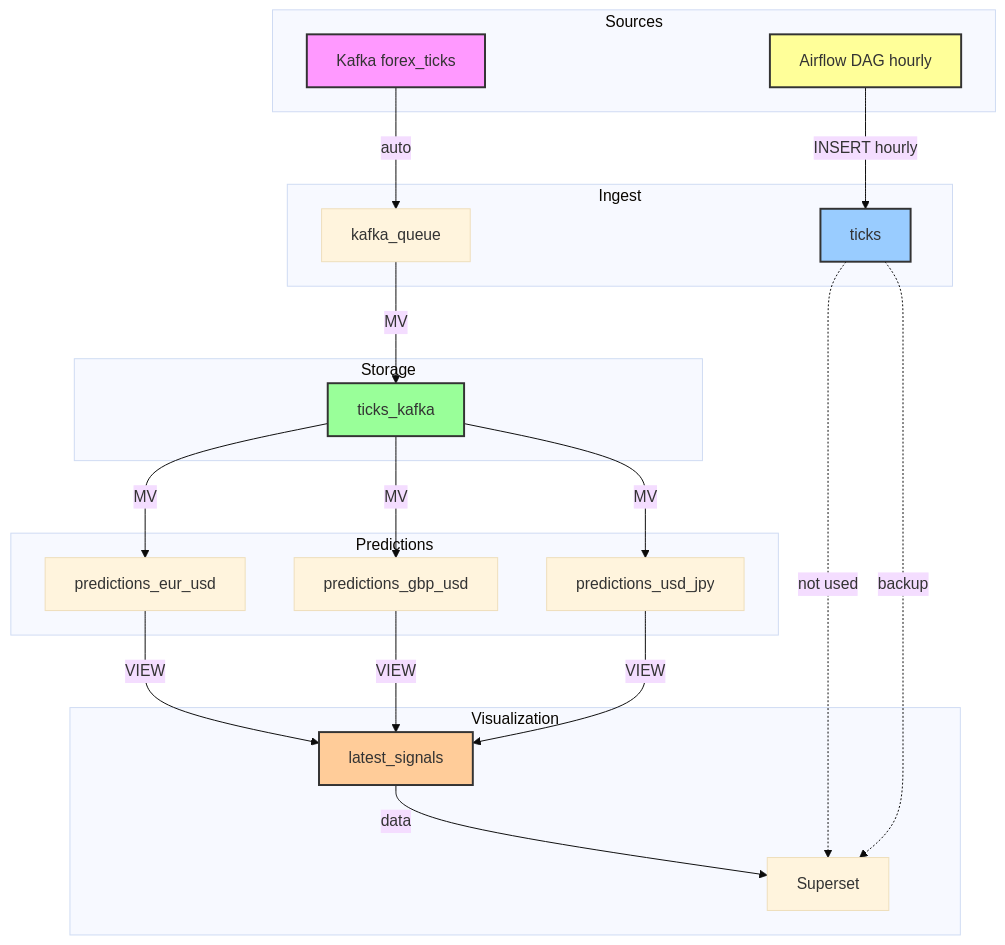
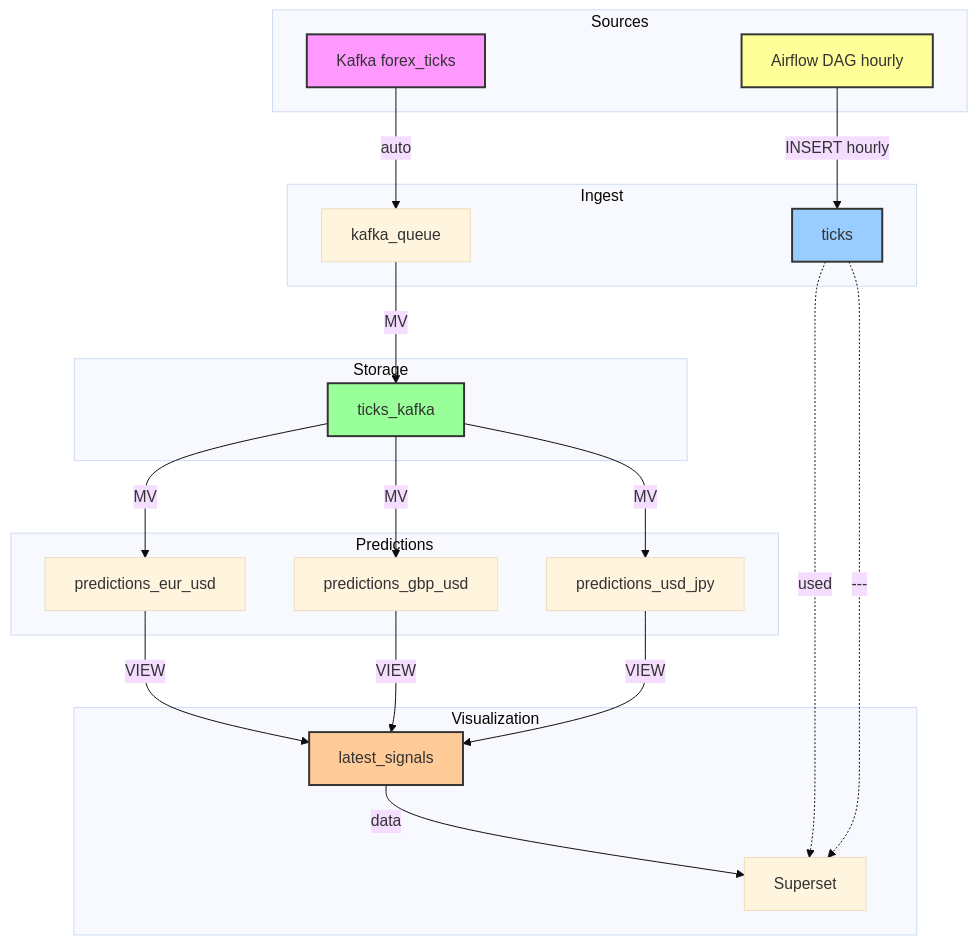
Before and after one commit to skazka064/otus_clickhouse: the diagram in forex-analytics/architecture/main_schema.md, drawn with Mermaid (base theme).

````diff
--- a/forex-analytics/architecture/main_schema.md
+++ b/forex-analytics/architecture/main_schema.md
@@ -1,51 +1,51 @@
 ```mermaid
 graph TD
     subgraph sources[Sources]
         A[Kafka forex_ticks]
         DAG[Airflow DAG hourly]
     end
 
     subgraph ingest[Ingest]
         B[kafka_queue]
         T[ticks]
     end
 
     subgraph storage[Storage]
         C[ticks_kafka]
     end
 
     subgraph predictions[Predictions]
         E[predictions_eur_usd]
         F[predictions_gbp_usd]
         G[predictions_usd_jpy]
     end
 
     subgraph visualization[Visualization]
         H[latest_signals]
         I[Superset]
     end
 
     A -->|auto| B
     B -->|MV| C
     
     DAG -->|INSERT hourly| T
     
     C -->|MV| E
     C -->|MV| F
     C -->|MV| G
     
     E -->|VIEW| H
     F -->|VIEW| H
     G -->|VIEW| H
     
     H -->|data| I
     
-    T -.->|not used| I
-    T -.->|backup| I
+    T -.->|used| I
+    T -.->|---| I
 
     style A fill:#f9f,stroke:#333,stroke-width:2px
     style DAG fill:#ff9,stroke:#333,stroke-width:2px
     style C fill:#9f9,stroke:#333,stroke-width:2px
     style T fill:#9cf,stroke:#333,stroke-width:2px
     style H fill:#fc9,stroke:#333,stroke-width:2px
 ```
````
